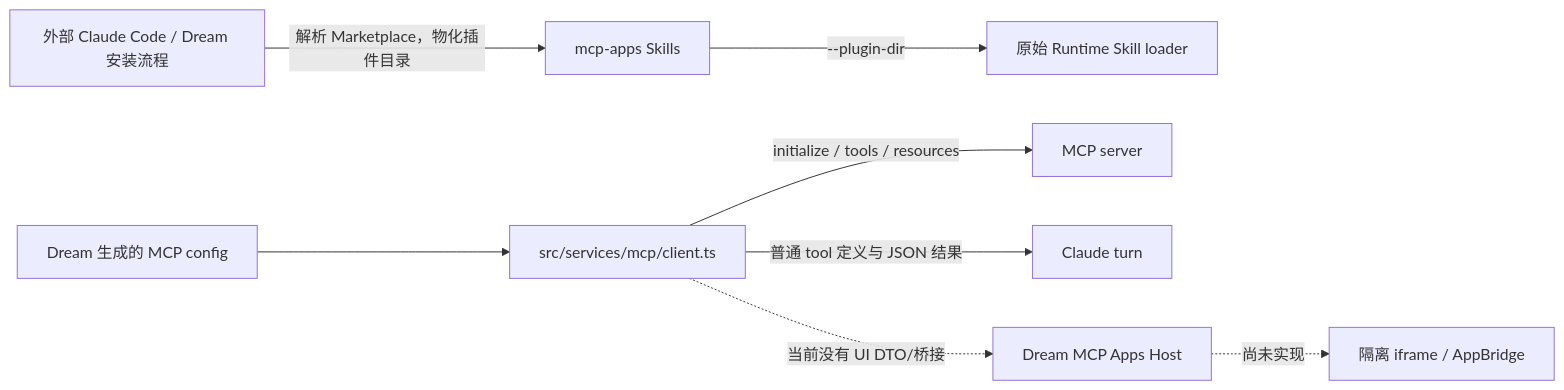
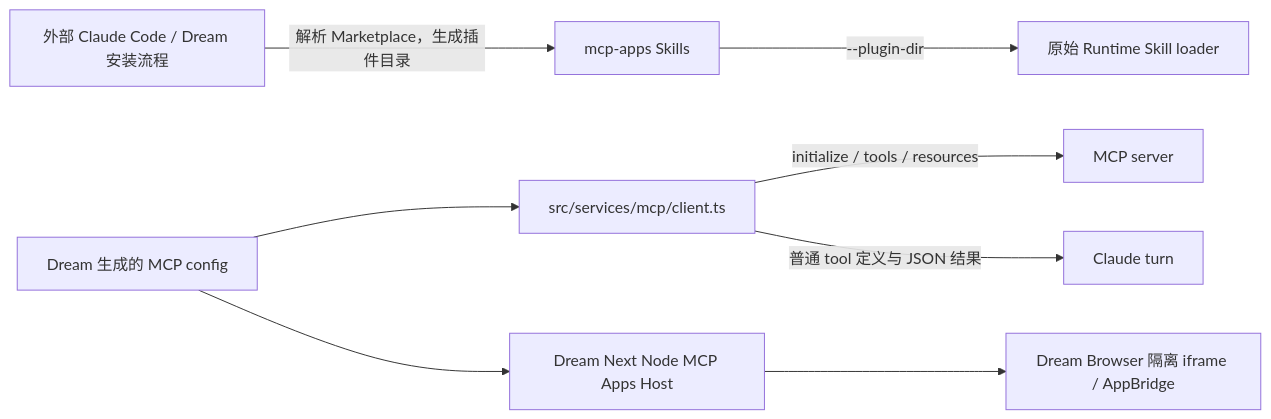
Before and after one commit to glide-the/ink-claude-code-dream: the first of 2 diagrams in docs/design/mcp-apps-marketplace-and-host.md, drawn with Mermaid. The commit also changed other lines of this file and 12 other files, not shown here.

````diff
--- a/docs/design/mcp-apps-marketplace-and-host.md
+++ b/docs/design/mcp-apps-marketplace-and-host.md
@@ -96,10 +96,10 @@
 ```mermaid
 flowchart LR
-  A["外部 Claude Code / Dream 安装流程"] -->|"解析 Marketplace，物化插件目录"| B["mcp-apps Skills"]
+  A["外部 Claude Code / Dream 安装流程"] -->|"解析 Marketplace，生成插件目录"| B["mcp-apps Skills"]
   B -->|"--plugin-dir"| C["原始 Runtime Skill loader"]
   D["Dream 生成的 MCP config"] --> E["src/services/mcp/client.ts"]
   E -->|"initialize / tools / resources"| F["MCP server"]
   E -->|"普通 tool 定义与 JSON 结果"| G["Claude turn"]
-  E -. "当前没有 UI DTO/桥接" .-> H["Dream MCP Apps Host"]
-  H -. "尚未实现" .-> I["隔离 iframe / AppBridge"]
+  D --> H["Dream Next Node MCP Apps Host"]
+  H --> I["Dream Browser 隔离 iframe / AppBridge"]
 ```
````
